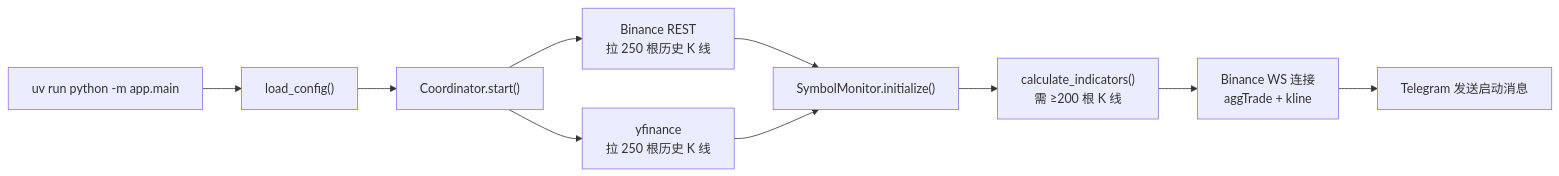
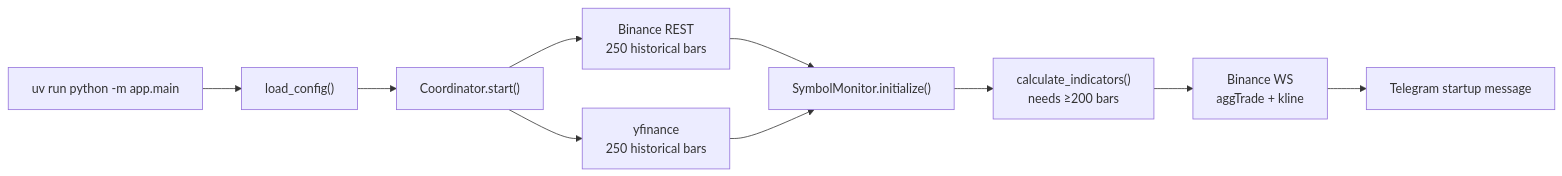
The second of 6 diagrams in readme.md (Formyselfonly/invest-alert-bot), drawn with Mermaid before and after one commit. The commit also changed other lines of this file and 1 other file, not shown here.

````diff
--- a/readme.md
+++ b/readme.md
@@ -180,12 +190,12 @@
 ```mermaid
 flowchart LR
     A["uv run python -m app.main"] --> B["load_config()"]
     B --> C["Coordinator.start()"]
-    C --> D["Binance REST<br/>拉 250 根历史 K 线"]
-    C --> E["yfinance<br/>拉 250 根历史 K 线"]
+    C --> D["Binance REST<br/>250 historical bars"]
+    C --> E["yfinance<br/>250 historical bars"]
     D --> F["SymbolMonitor.initialize()"]
     E --> F
-    F --> G["calculate_indicators()<br/>需 ≥200 根 K 线"]
-    G --> H["Binance WS 连接<br/>aggTrade + kline"]
-    H --> I["Telegram 发送启动消息"]
+    F --> G["calculate_indicators()<br/>needs ≥200 bars"]
+    G --> H["Binance WS<br/>aggTrade + kline"]
+    H --> I["Telegram startup message"]
 ```
````
